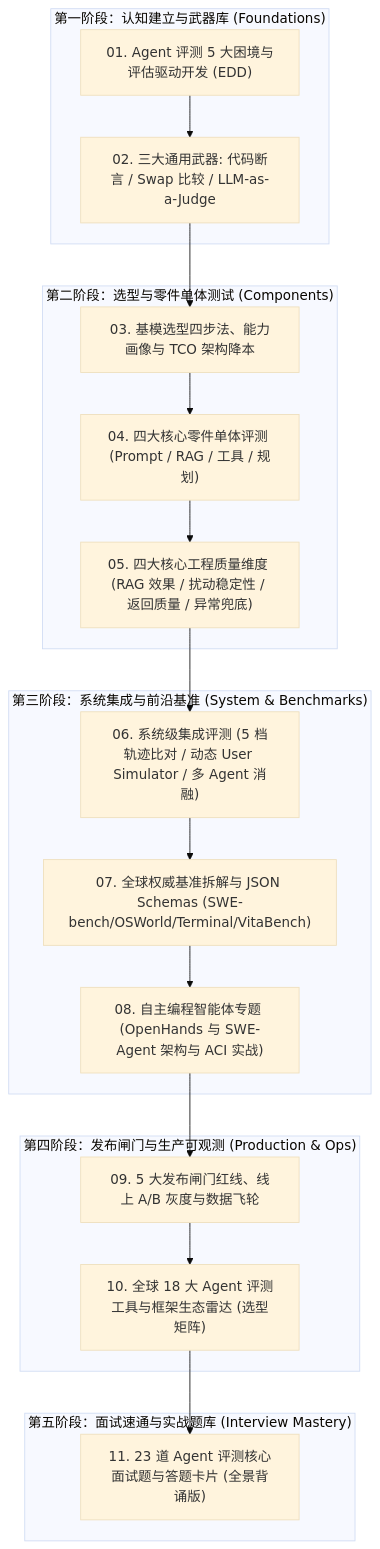
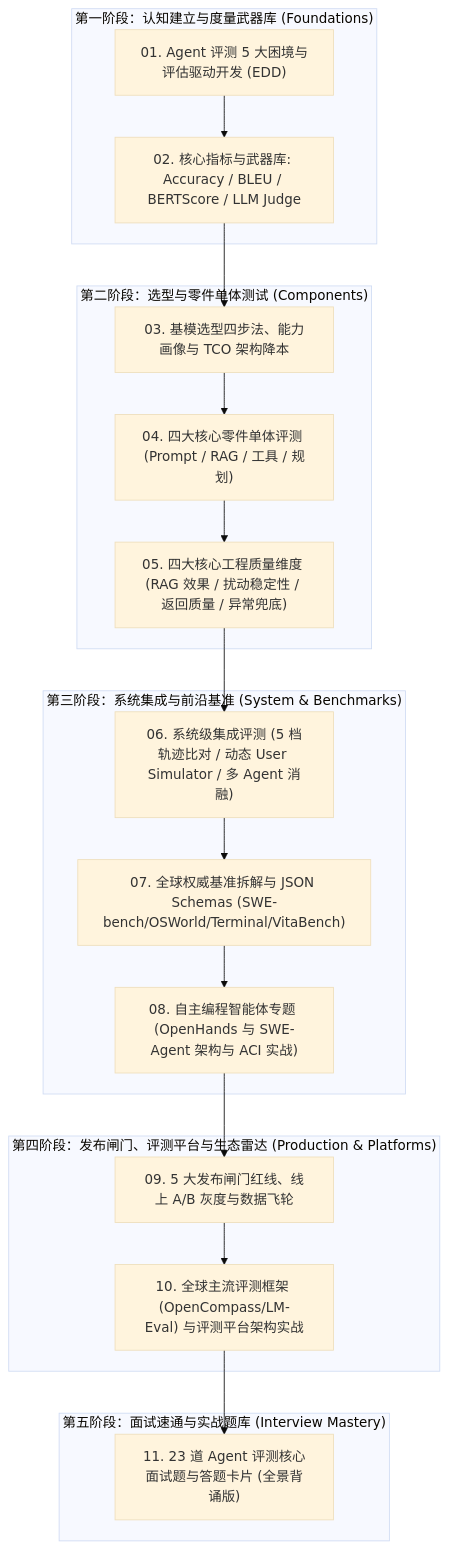
Before and after one commit to Anlon-27/awesome-agent-eval: the diagram in README.md, drawn with Mermaid (base theme). The commit also changed other lines of this file and 3 other files, not shown here.

Commit message:
feat: Add core metrics (Accuracy, BLEU, BERTScore) & OpenCompass evaluation platform architecture

````diff
--- a/README.md
+++ b/README.md
@@ -30,27 +30,27 @@
 ```mermaid
 graph TD
-    subgraph STAGE1["第一阶段：认知建立与武器库 (Foundations)"]
-        D1["01. Agent 评测 5 大困境与评估驱动开发 (EDD)"] --> D2["02. 三大通用武器: 代码断言 / Swap 比较 / LLM-as-a-Judge"]
+    subgraph STAGE1["第一阶段：认知建立与度量武器库 (Foundations)"]
+        D1["01. Agent 评测 5 大困境与评估驱动开发 (EDD)"] --> D2["02. 核心指标与武器库: Accuracy / BLEU / BERTScore / LLM Judge"]
     end
 
     subgraph STAGE2["第二阶段：选型与零件单体测试 (Components)"]
         D2 --> D3["03. 基模选型四步法、能力画像与 TCO 架构降本"]
         D3 --> D4["04. 四大核心零件单体评测 (Prompt / RAG / 工具 / 规划)"]
         D4 --> D5["05. 四大核心工程质量维度 (RAG 效果 / 扰动稳定性 / 返回质量 / 异常兜底)"]
     end
 
     subgraph STAGE3["第三阶段：系统集成与前沿基准 (System & Benchmarks)"]
         D5 --> D6["06. 系统级集成评测 (5 档轨迹比对 / 动态 User Simulator / 多 Agent 消融)"]
         D6 --> D7["07. 全球权威基准拆解与 JSON Schemas (SWE-bench/OSWorld/Terminal/VitaBench)"]
         D7 --> D8["08. 自主编程智能体专题 (OpenHands 与 SWE-Agent 架构与 ACI 实战)"]
     end
 
-    subgraph STAGE4["第四阶段：发布闸门与生产可观测 (Production & Ops)"]
+    subgraph STAGE4["第四阶段：发布闸门、评测平台与生态雷达 (Production & Platforms)"]
         D8 --> D9["09. 5 大发布闸门红线、线上 A/B 灰度与数据飞轮"]
-        D9 --> D10["10. 全球 18 大 Agent 评测工具与框架生态雷达 (选型矩阵)"]
+        D9 --> D10["10. 全球主流评测框架 (OpenCompass/LM-Eval) 与评测平台架构实战"]
     end
 
     subgraph STAGE5["第五阶段：面试速通与实战题库 (Interview Mastery)"]
         D10 --> D11["11. 23 道 Agent 评测核心面试题与答题卡片 (全景背诵版)"]
     end
 ```
````
